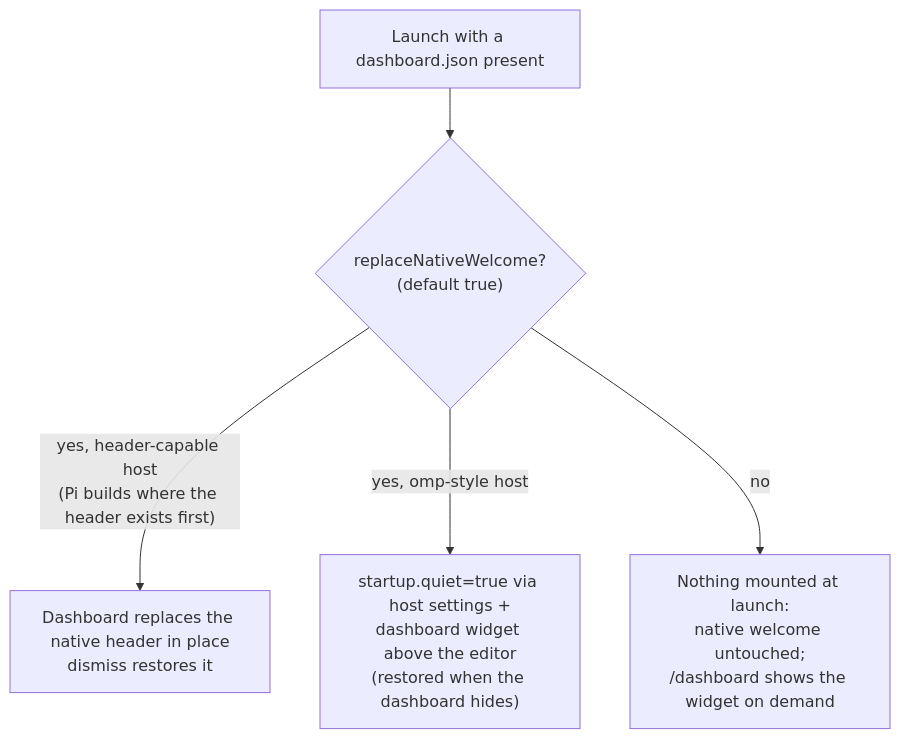
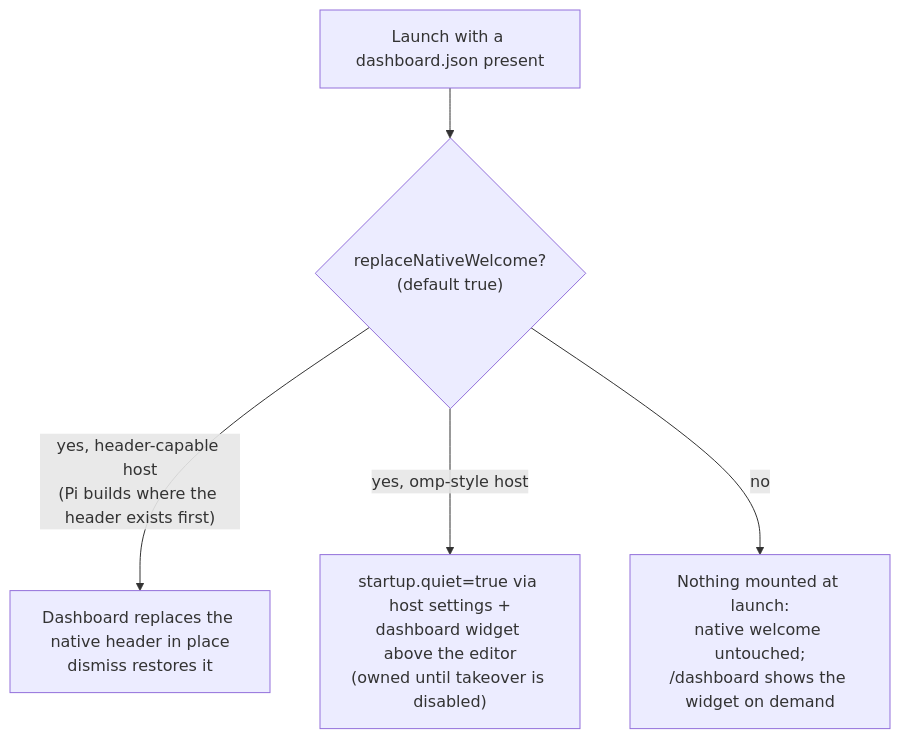
Before and after one commit to zhulinchng/omp-startup: the second of 2 diagrams in docs/USAGE.md, drawn with Mermaid. The commit also changed other lines of this file and 10 other files, not shown here.

````diff
--- a/docs/USAGE.md
+++ b/docs/USAGE.md
@@ -149,7 +155,7 @@
 ```mermaid
 flowchart TD
     S["Launch with a dashboard.json present"] --> R{"replaceNativeWelcome?<br/>(default true)"}
     R -- "yes, header-capable host<br/>(Pi builds where the header exists first)" --> T["Dashboard replaces the native header in place<br/>dismiss restores it"]
-    R -- "yes, omp-style host" --> J["startup.quiet=true via host settings +<br/>dashboard widget above the editor<br/>(restored when the dashboard hides)"]
+    R -- "yes, omp-style host" --> J["startup.quiet=true via host settings +<br/>dashboard widget above the editor<br/>(owned until takeover is disabled)"]
     R -- no --> M["Nothing mounted at launch:<br/>native welcome untouched;<br/>/dashboard shows the widget on demand"]
 ```
````
